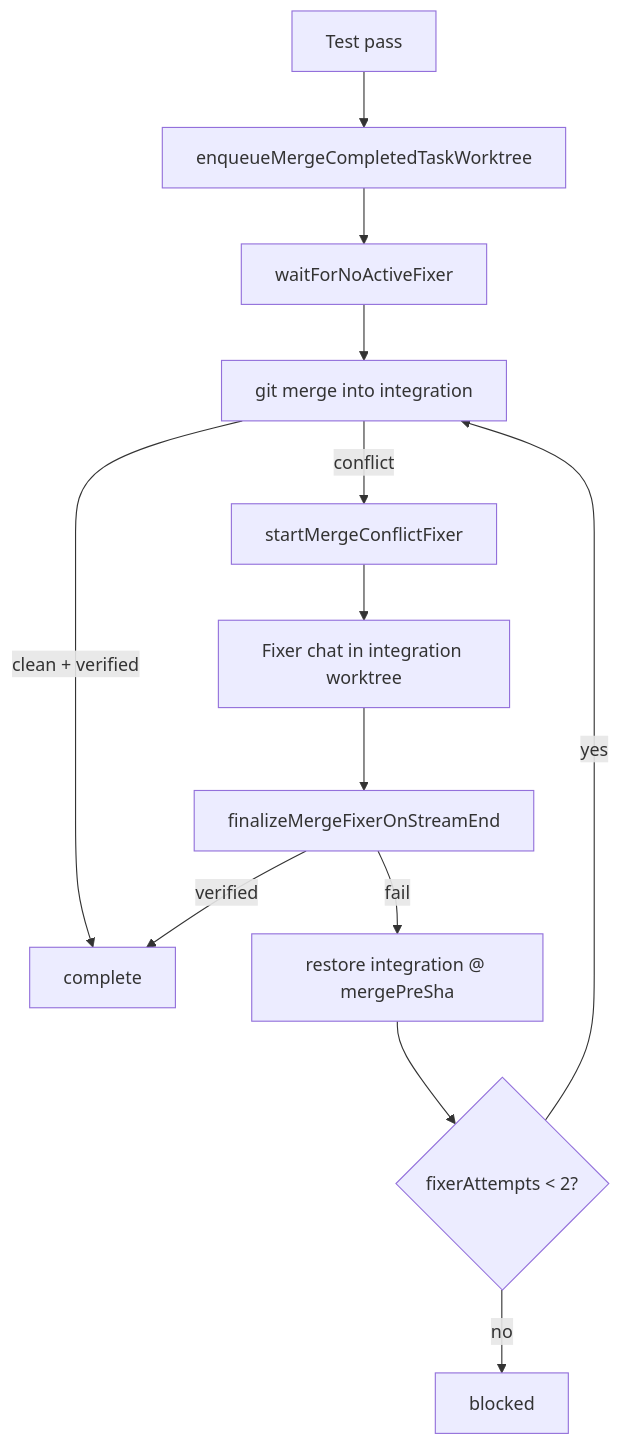
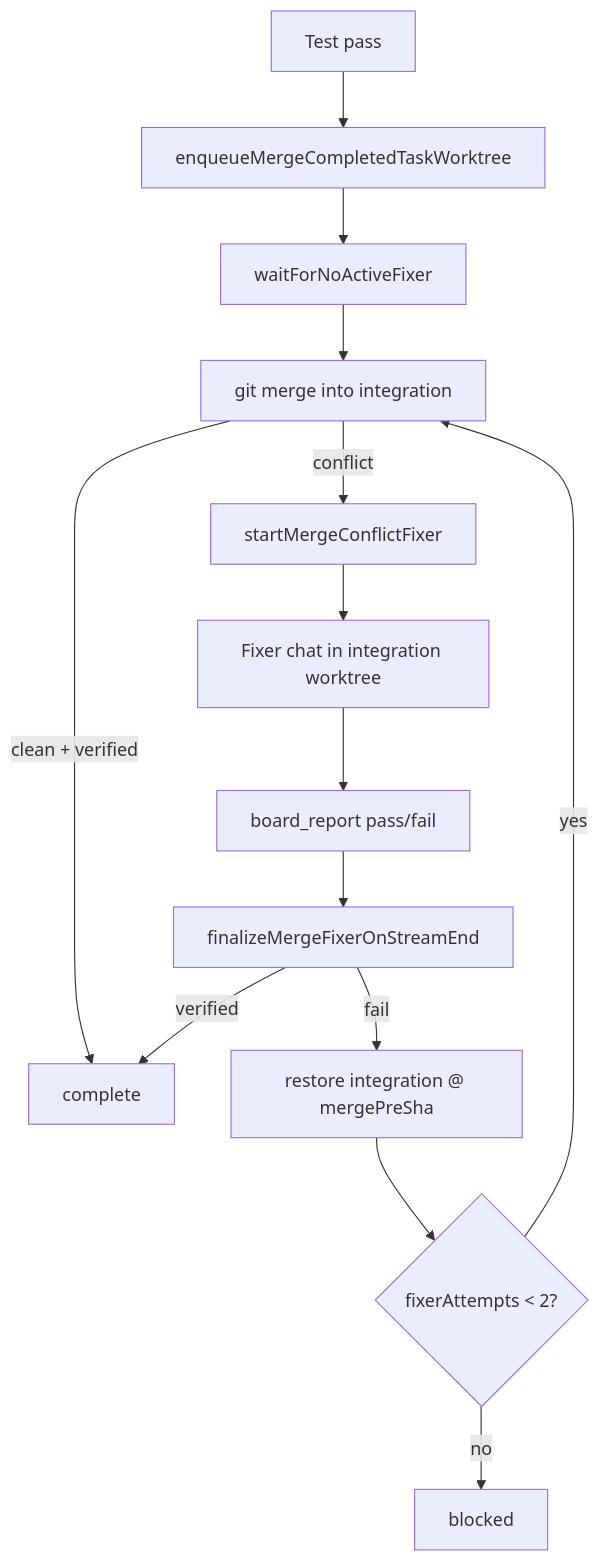
The fourth of 5 diagrams in documentation/plans/orchestrate-board-architecture.md (DukkyGames/Minnow), drawn with Mermaid before and after one commit. The commit also changed other lines of this file and 25 other files, not shown here.

````diff
--- a/documentation/plans/orchestrate-board-architecture.md
+++ b/documentation/plans/orchestrate-board-architecture.md
@@ -382,15 +383,16 @@
 ```mermaid
 flowchart TD
   TP[Test pass] --> M[enqueueMergeCompletedTaskWorktree]
   M --> W[waitForNoActiveFixer]
   W --> MG[git merge into integration]
   MG -->|clean + verified| OK[complete]
   MG -->|conflict| FX[startMergeConflictFixer]
   FX --> FC[Fixer chat in integration worktree]
-  FC --> FE[finalizeMergeFixerOnStreamEnd]
+  FC --> BR[board_report pass/fail]
+  BR --> FE[finalizeMergeFixerOnStreamEnd]
   FE -->|verified| OK
   FE -->|fail| R[restore integration @ mergePreSha]
   R --> RT{fixerAttempts < 2?}
   RT -->|yes| MG
   RT -->|no| BL[blocked]
 ```
````
